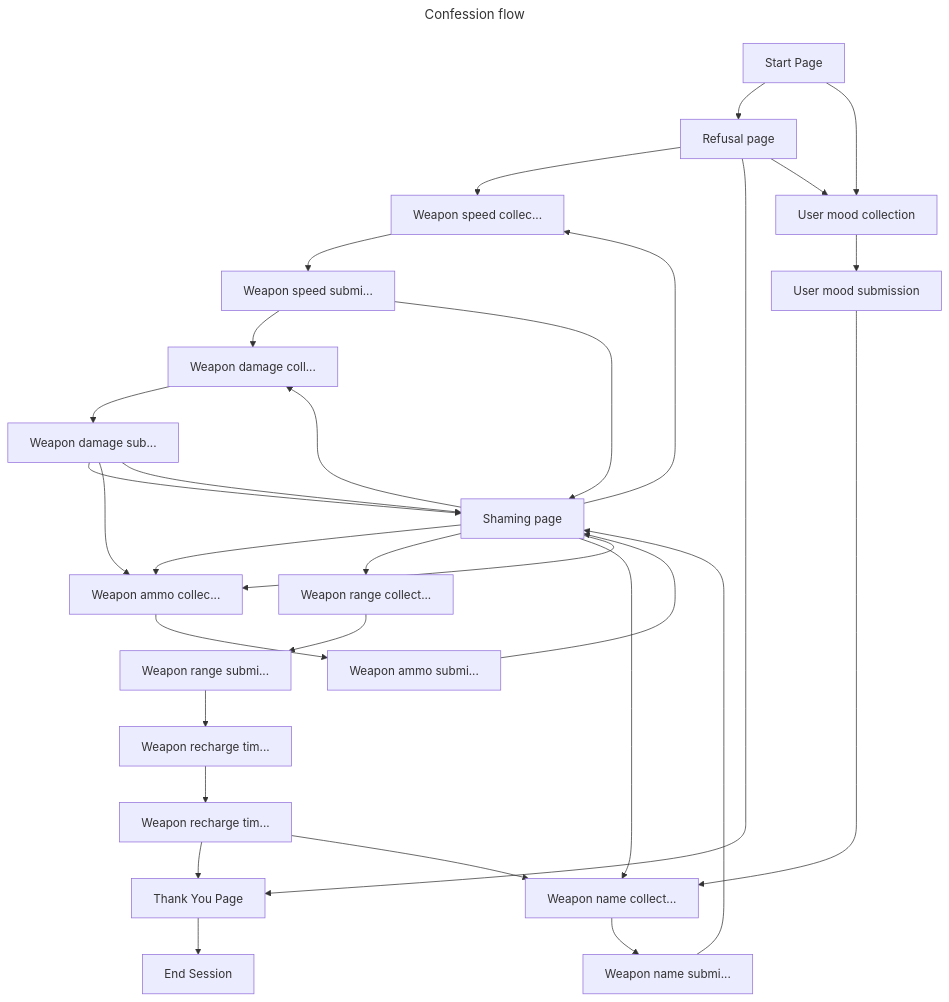
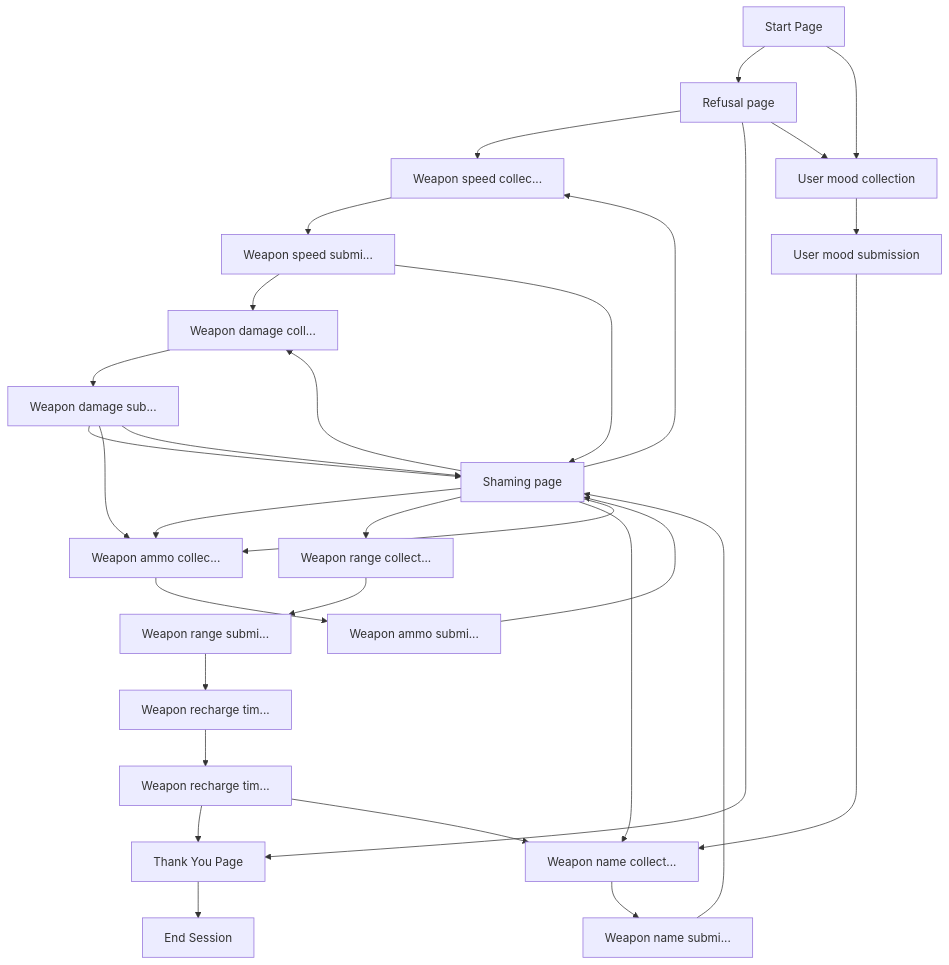
Before and after one commit to rchDev/game-of-points: the second of 2 diagrams in docs/conv-agent.md, drawn with Mermaid. The commit also changed other lines of this file, not shown here.

````diff
--- a/docs/conv-agent.md
+++ b/docs/conv-agent.md
@@ -49,40 +49,37 @@
 ```mermaid
----
-title: Confession flow
----
 graph TD
     StartPage["Start Page"] --> RefusalPage["Refusal page"]
     StartPage --> UserMoodCollection["User mood collection"]
     RefusalPage --> WeaponSpeedCollection["Weapon speed collec..."]
     WeaponSpeedCollection --> WeaponSpeedSubmission["Weapon speed submi..."]
     WeaponSpeedSubmission --> WeaponDamageCollection["Weapon damage coll..."]
     WeaponDamageCollection --> WeaponDamageSubmission["Weapon damage sub..."]
     WeaponDamageSubmission --> ShamingPage["Shaming page"]
     ShamingPage --> WeaponAmmoCollection["Weapon ammo collec..."]
     WeaponAmmoCollection --> WeaponAmmoSubmission["Weapon ammo submi..."]
     ShamingPage --> WeaponRangeCollection["Weapon range collect..."]
     WeaponRangeCollection --> WeaponRangeSubmission["Weapon range submi..."]
     WeaponRangeSubmission --> WeaponRechargeTimeCollection["Weapon recharge tim..."]
     WeaponRechargeTimeCollection --> WeaponRechargeTimeSubmission["Weapon recharge tim..."]
     WeaponRechargeTimeSubmission --> ThankYouPage["Thank You Page"]
     ThankYouPage --> EndSession["End Session"]
     RefusalPage --> ThankYouPage
 
     UserMoodCollection --> UserMoodSubmission["User mood submission"]
     UserMoodSubmission --> WeaponNameCollection["Weapon name collect..."]
     WeaponNameCollection --> WeaponNameSubmission["Weapon name submi..."]
 
     RefusalPage --> UserMoodCollection
     WeaponDamageSubmission --> WeaponAmmoCollection
     WeaponRechargeTimeSubmission --> WeaponNameCollection
 
     WeaponNameSubmission --> ShamingPage
     WeaponSpeedSubmission --> ShamingPage
     WeaponDamageSubmission --> ShamingPage
     WeaponAmmoSubmission --> ShamingPage
 
     ShamingPage --> WeaponNameCollection
     ShamingPage --> WeaponSpeedCollection
     ShamingPage --> WeaponDamageCollection
     ShamingPage --> WeaponAmmoCollection
 ```
````
